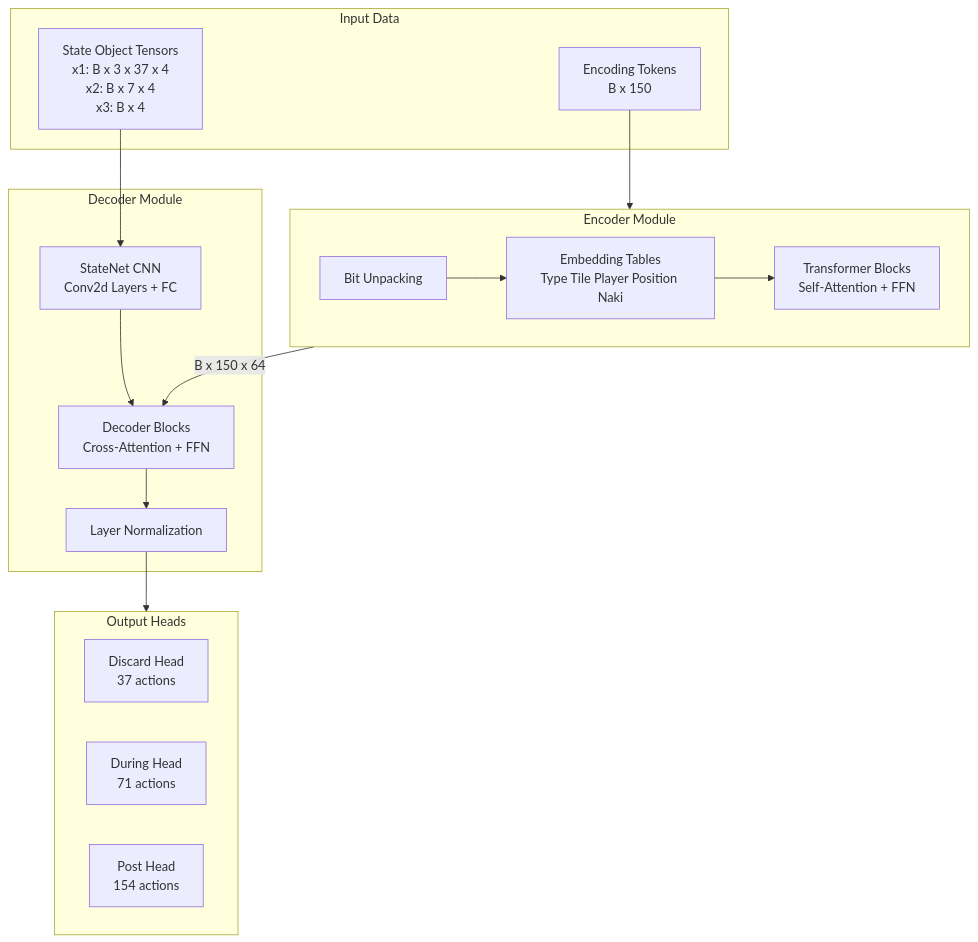
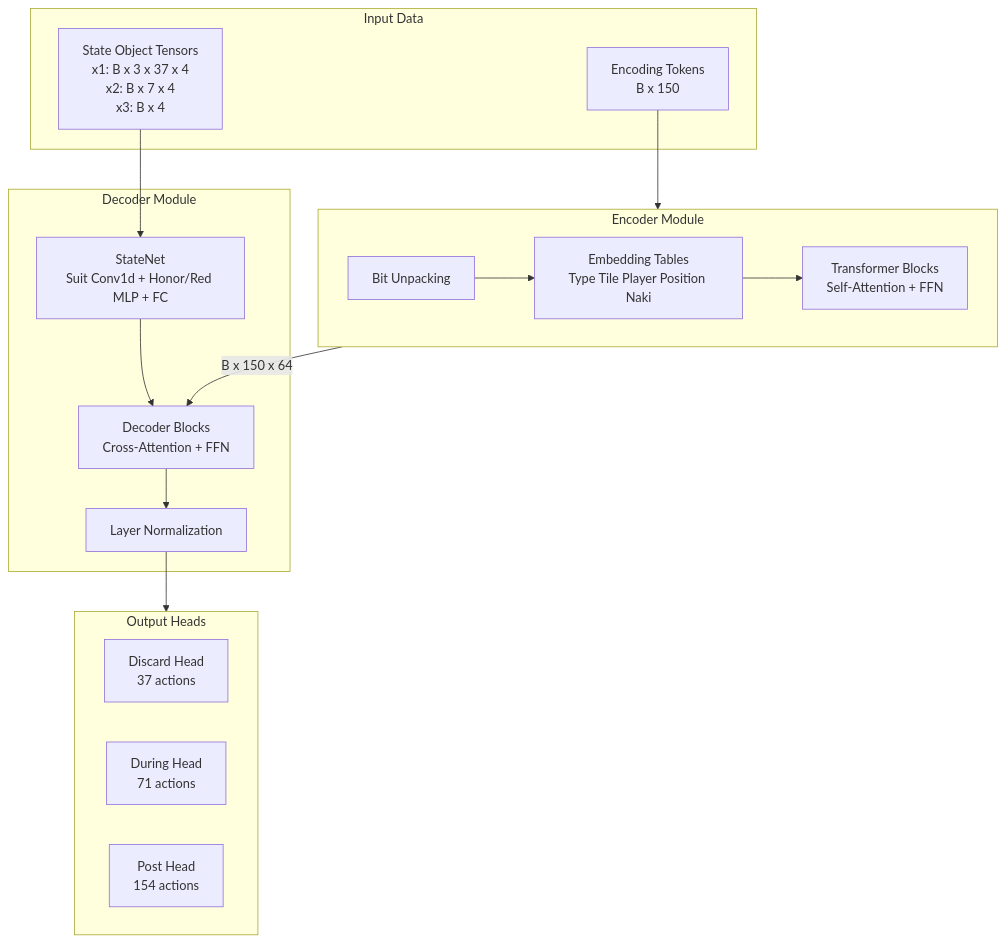
One commit to yshimizu20/MahjongAI changed the first of 7 diagrams in MahjongAI/agents/archive/transformer_conv_architecture.md. Above: the diagram before and after it, drawn with Mermaid. The commit also changed other lines of this file, not shown here.

First line of the commit message:
Make the transformer_conv architecture doc true to the archived code (T-007)

````diff
--- a/MahjongAI/agents/archive/transformer_conv_architecture.md
+++ b/MahjongAI/agents/archive/transformer_conv_architecture.md
@@ -18,34 +26,34 @@
 ```mermaid
 graph TB
     subgraph Input [Input Data]
         EncodingTokens[Encoding Tokens<br/>B x 150]
         StateObj[State Object Tensors<br/>x1: B x 3 x 37 x 4<br/>x2: B x 7 x 4<br/>x3: B x 4]
     end
     
     subgraph EncoderModule [Encoder Module]
         TokenDecode[Bit Unpacking]
         Embeddings[Embedding Tables<br/>Type Tile Player Position Naki]
         TransformerBlocks[Transformer Blocks<br/>Self-Attention + FFN]
         TokenDecode --> Embeddings
         Embeddings --> TransformerBlocks
     end
     
     subgraph DecoderModule [Decoder Module]
-        StateNet[StateNet CNN<br/>Conv2d Layers + FC]
+        StateNet[StateNet<br/>Suit Conv1d + Honor/Red MLP + FC]
         DecoderBlocks[Decoder Blocks<br/>Cross-Attention + FFN]
         LayerNorm[Layer Normalization]
         StateNet --> DecoderBlocks
         DecoderBlocks --> LayerNorm
     end
     
     subgraph OutputHeads [Output Heads]
         DiscardHead[Discard Head<br/>37 actions]
         DuringHead[During Head<br/>71 actions]
         PostHead[Post Head<br/>154 actions]
     end
     
     EncodingTokens --> EncoderModule
     EncoderModule --> |B x 150 x 64| DecoderBlocks
     StateObj --> StateNet
     LayerNorm --> OutputHeads
 ```
````
